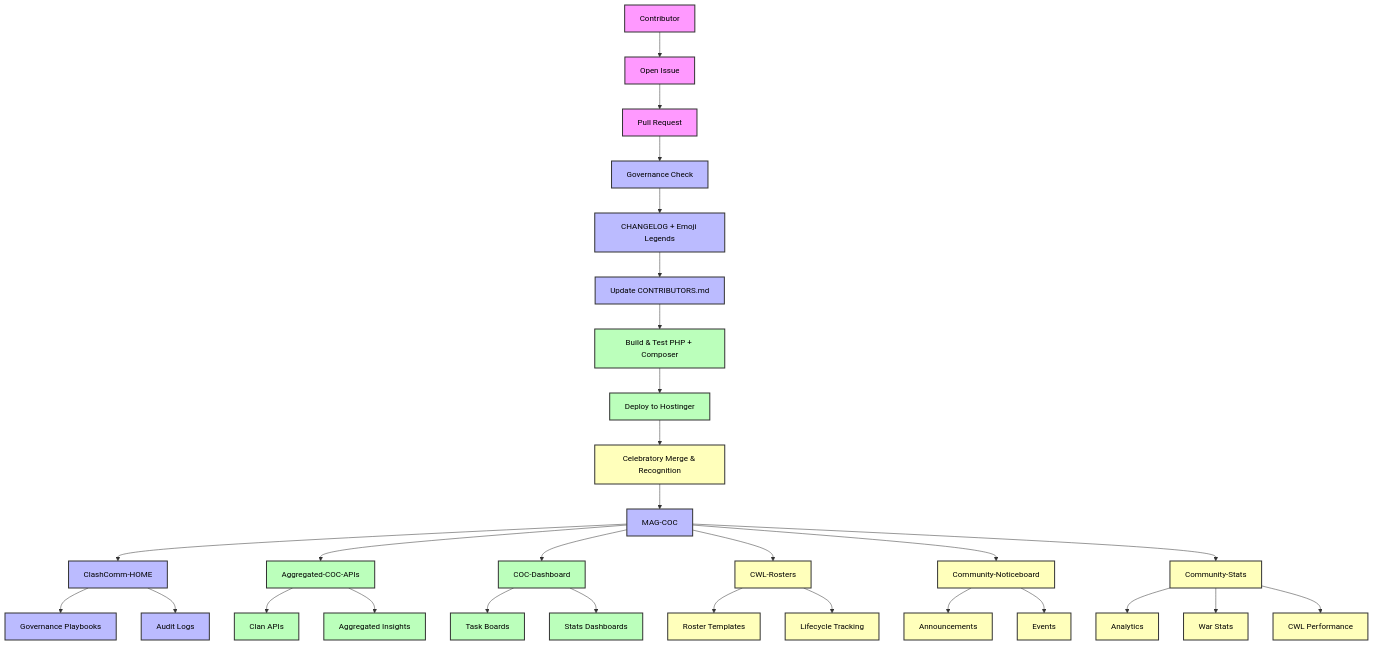
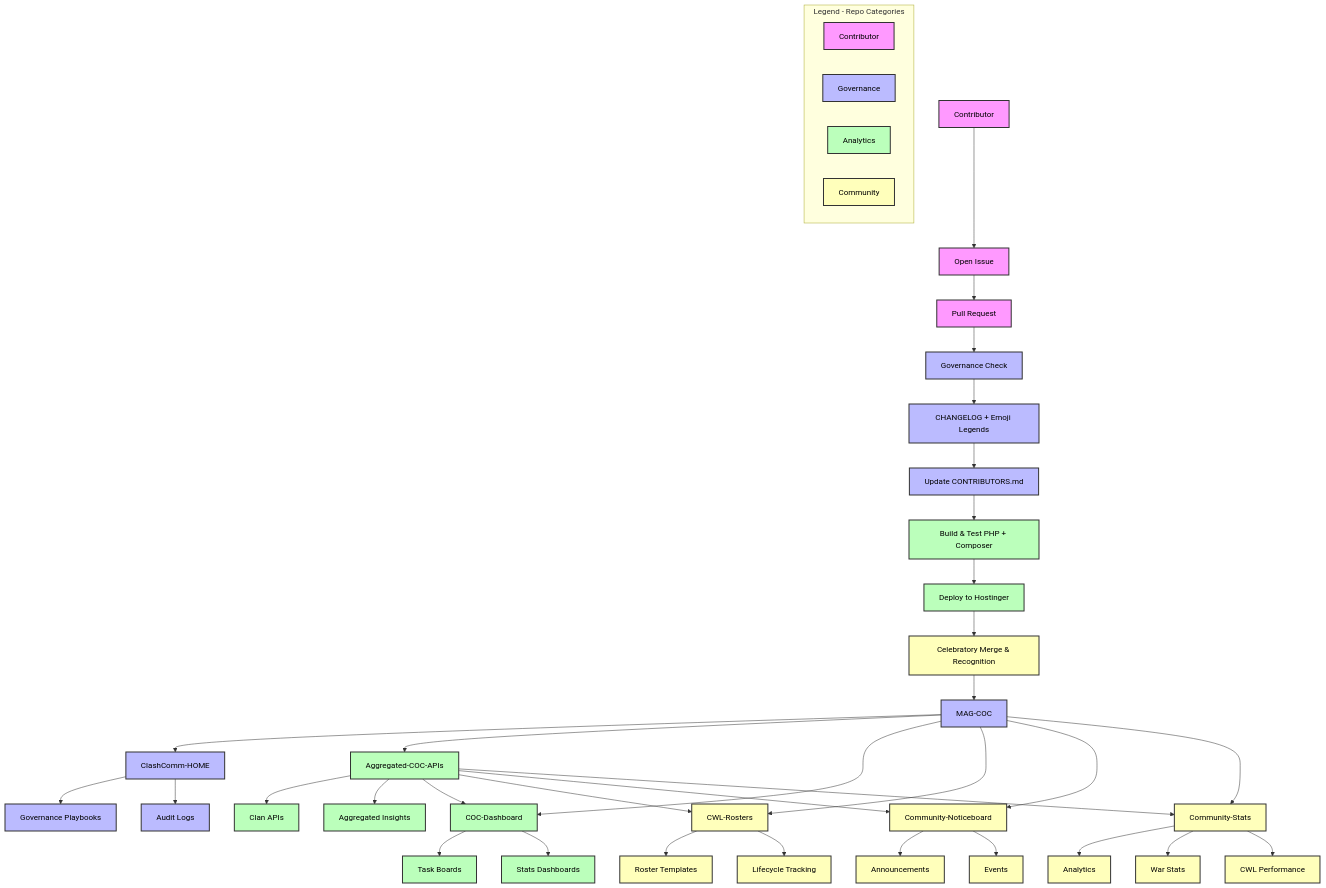
One commit to MAG-COC/MAG-COC changed the third of 3 diagrams in README.md. Above: the diagram before and after it, drawn with Mermaid. The commit also changed other lines of this file, not shown here.

Commit message:
Update README.md
updated.

````diff
--- a/README.md
+++ b/README.md
@@ -107,61 +109,76 @@
 ```mermaid
 flowchart TD
     %% Governance Lifecycle
     A[Contributor] --> B[Open Issue]
     B --> C[Pull Request]
     C --> D[Governance Check]
     D --> E[CHANGELOG + Emoji Legends]
     E --> F[Update CONTRIBUTORS.md]
     F --> G[Build & Test PHP + Composer]
     G --> H[Deploy to Hostinger]
     H --> I[Celebratory Merge & Recognition]
 
     %% Repo Ecosystem
     I --> J[MAG-COC]
     J --> K[ClashComm-HOME]
     J --> L[Aggregated-COC-APIs]
     J --> M[COC-Dashboard]
     J --> N[CWL-Rosters]
     J --> O[Community-Noticeboard]
     J --> P[Community-Stats]
 
     %% Sub-nodes for clarity
     K --> K1[Governance Playbooks]
     K --> K2[Audit Logs]
 
     L --> L1[Clan APIs]
     L --> L2[Aggregated Insights]
 
     M --> M1[Task Boards]
     M --> M2[Stats Dashboards]
 
     N --> N1[Roster Templates]
     N --> N2[Lifecycle Tracking]
 
     O --> O1[Announcements]
     O --> O2[Events]
 
     P --> P1[Analytics]
     P --> P2[War Stats]
     P --> P3[CWL Performance]
 
+    %% Explicit dependencies from Aggregated APIs
+    L --> M
+    L --> N
+    L --> O
+    L --> P
+
+    %% Legend box
+    subgraph Legend [Legend - Repo Categories]
+        Lg1[Contributor]:::contributor
+        Lg2[Governance]:::governance
+        Lg3[Analytics]:::technical
+        Lg4[Community]:::celebratory
+    end
+
     %% Assign classes
     class A,B,C contributor
     class D,E,F governance
     class G,H technical
     class I celebratory
 
     %% Repo ecosystem classes
     class J,K,K1,K2 governance
     class L,L1,L2 technical
     class M,M1,M2 technical
     class N,N1,N2 celebratory
     class O,O1,O2 celebratory
     class P,P1,P2,P3 celebratory
 
     %% Define styles with black text
     classDef contributor fill:#f9f,color:#000,stroke:#333,stroke-width:2px;
     classDef governance fill:#bbf,color:#000,stroke:#333,stroke-width:2px;
     classDef technical fill:#bfb,color:#000,stroke:#333,stroke-width:2px;
     classDef celebratory fill:#ffb,color:#000,stroke:#333,stroke-width:2px;
+
 ```
````
